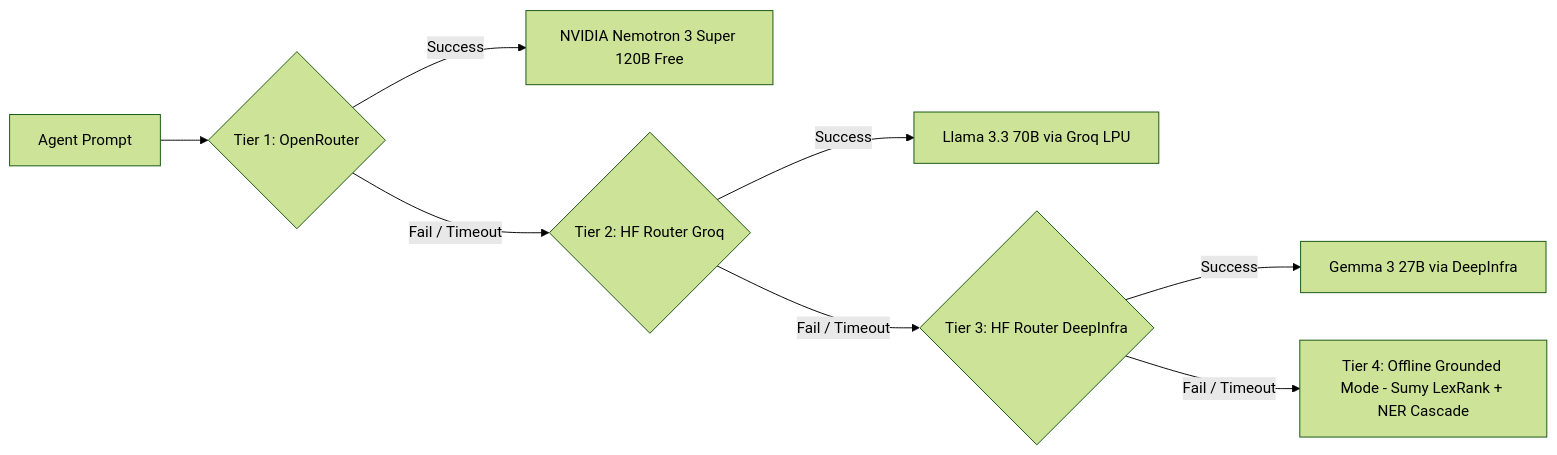
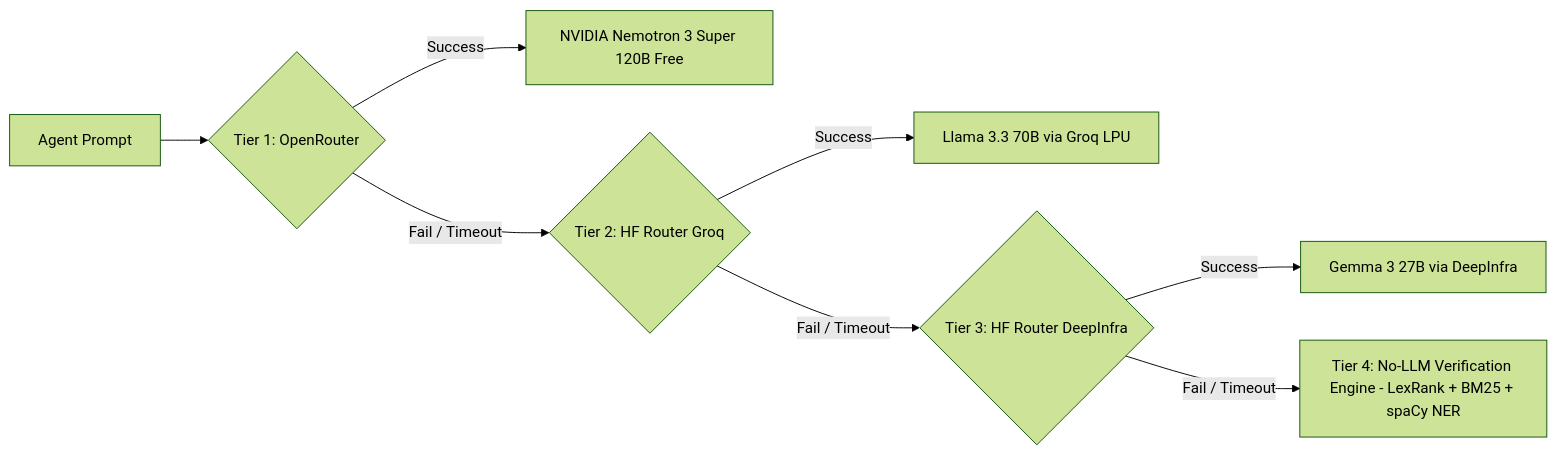
One commit to Nawaz-khan-droid/cawncade-ai changed the fifth of 6 diagrams in docs/ARCHITECTURE.md. Above: the diagram before and after it, drawn with Mermaid (forest theme). The commit also changed other lines of this file and 5 other files, not shown here.

Commit message:
Production Upgrade: Multi-Tier Failover Cascade and Tier 0 Text Matcher

````diff
--- a/docs/ARCHITECTURE.md
+++ b/docs/ARCHITECTURE.md
@@ -357,10 +359,10 @@
 ```mermaid
 flowchart LR
     Request[Agent Prompt] --> Tier1{Tier 1: OpenRouter}
     Tier1 -->|Success| Nemotron[NVIDIA Nemotron 3 Super 120B Free]
     Tier1 -->|Fail / Timeout| Tier2{Tier 2: HF Router Groq}
     Tier2 -->|Success| GroqLlama[Llama 3.3 70B via Groq LPU]
     Tier2 -->|Fail / Timeout| Tier3{Tier 3: HF Router DeepInfra}
     Tier3 -->|Success| Gemma27B[Gemma 3 27B via DeepInfra]
-    Tier3 -->|Fail / Timeout| Tier4[Tier 4: Offline Grounded Mode - Sumy LexRank + NER Cascade]
+    Tier3 -->|Fail / Timeout| Tier4[Tier 4: No-LLM Verification Engine - LexRank + BM25 + spaCy NER]
 ```
````
